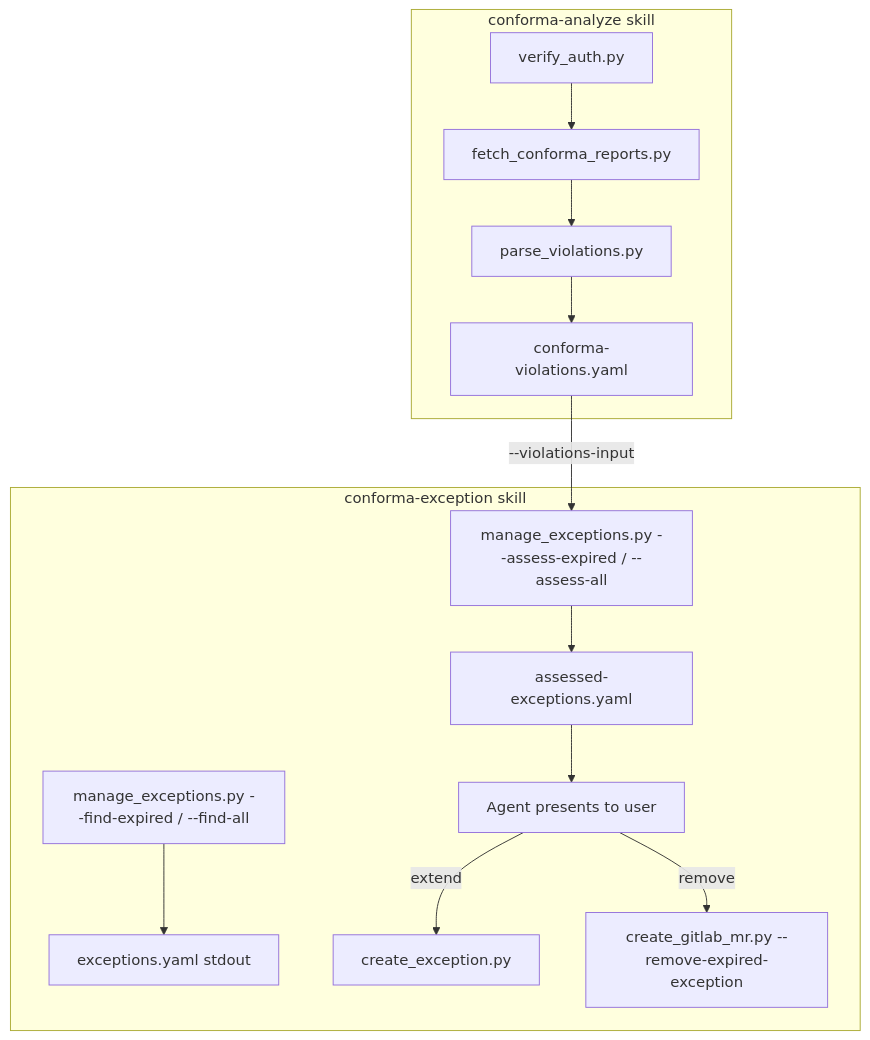
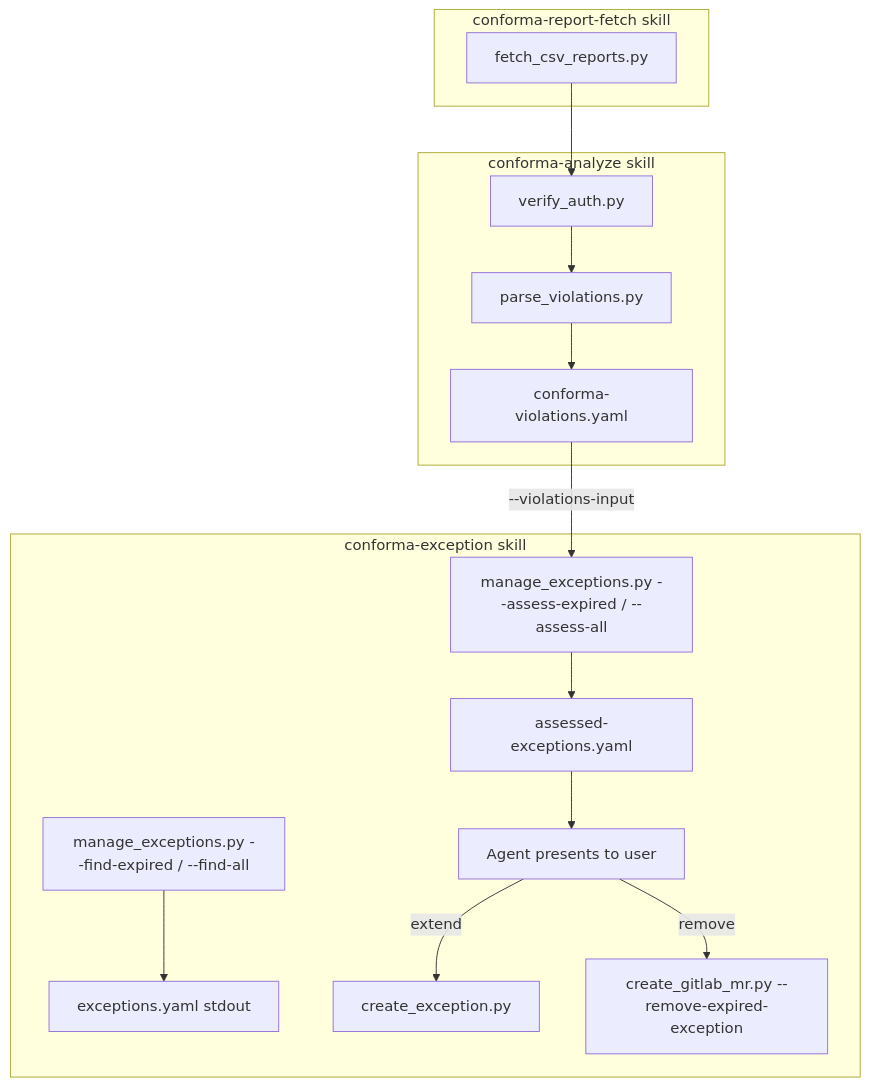
One commit to opendatahub-io/aiops-infra changed the second of 2 diagrams in skills/conforma-exception/SKILL.md. Above: the diagram before and after it, drawn with Mermaid. The commit also changed other lines of this file and 16 other files, not shown here.

First line of the commit message:
Enhance architecture and documentation for conforma skills

````diff
--- a/skills/conforma-exception/SKILL.md
+++ b/skills/conforma-exception/SKILL.md
@@ -915,16 +963,19 @@
 ```mermaid
 flowchart TD
+    subgraph reportFetch [conforma-report-fetch skill]
+        A2[fetch_csv_reports.py]
+    end
     subgraph analyze [conforma-analyze skill]
-        A1[verify_auth.py] --> A2[fetch_conforma_reports.py]
-        A2 --> A3[parse_violations.py]
+        A2 --> A1[verify_auth.py]
+        A1 --> A3[parse_violations.py]
         A3 --> VY[conforma-violations.yaml]
     end
     subgraph exception [conforma-exception skill]
         M1["manage_exceptions.py --find-expired / --find-all"] --> EY[exceptions.yaml stdout]
         M2["manage_exceptions.py --assess-expired / --assess-all"] --> AY[assessed-exceptions.yaml]
         AY --> UserReview[Agent presents to user]
         UserReview -->|extend| CE[create_exception.py]
         UserReview -->|remove| GM["create_gitlab_mr.py --remove-expired-exception"]
     end
     VY -->|"--violations-input"| M2
 ```
````
